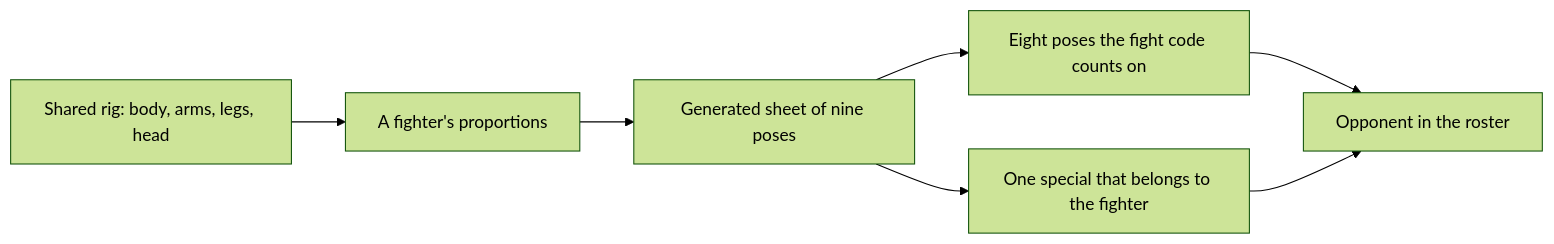
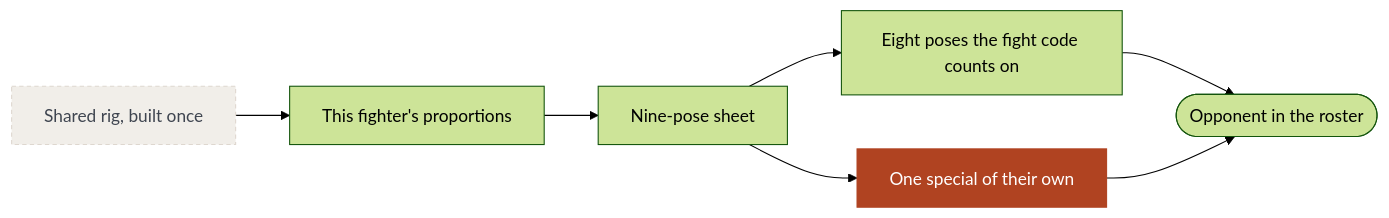
One commit to hbarsky00/barsky-design-canvas changed the diagram in docs/diagrams/ring-rival/fighter-pipeline.mmd. Above: the diagram before and after it, drawn with Mermaid (forest theme). The commit also changed 53 other files, not shown here.

First line of the commit message:
Redraw every diagram so they read at 1:1 and stop looking like one template

```diff
--- a/docs/diagrams/ring-rival/fighter-pipeline.mmd
+++ b/docs/diagrams/ring-rival/fighter-pipeline.mmd
@@ -1,7 +1,10 @@
 flowchart LR
-  r[Shared rig: body, arms, legs, head] --> p[A fighter's proportions]
-  p --> s[Generated sheet of nine poses]
-  s --> e[Eight poses the fight code counts on]
-  s --> x[One special that belongs to the fighter]
-  e --> o[Opponent in the roster]
-  x --> o
+  classDef old fill:#F1EEE9,stroke:#DED7CF,color:#3F4550,stroke-dasharray:4 3
+  classDef gate fill:#B04321,stroke:#B04321,color:#FFFFFF
+  classDef out fill:#FBFAF8,stroke:#DED7CF,color:#3F4550,stroke-dasharray:4 3
+  classDef ai fill:#FFFFFF,stroke:#3F4550,color:#231E1A
+  r[Shared rig, built once] --> p[This fighter's proportions] --> s[Nine-pose sheet]
+  s --> e[Eight poses the fight code counts on] --> o([Opponent in the roster])
+  s --> x[One special of their own] --> o
+  class r old
+  class x gate
```
